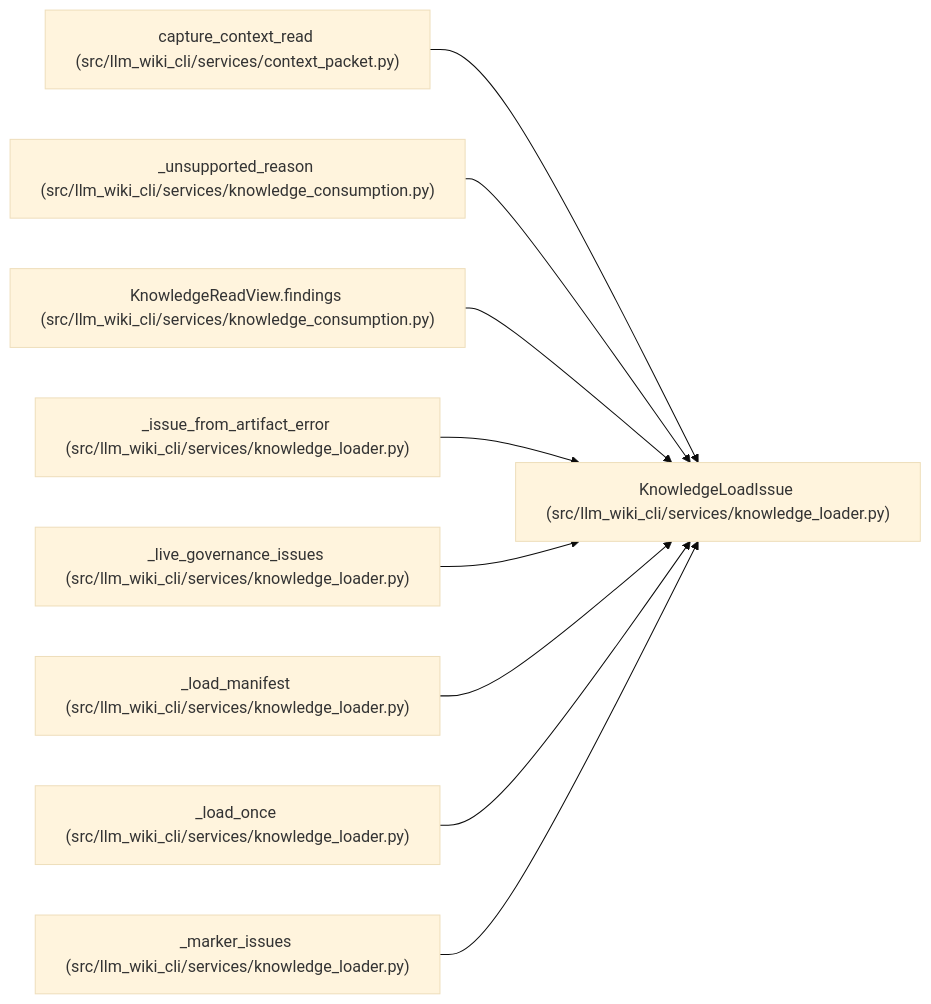
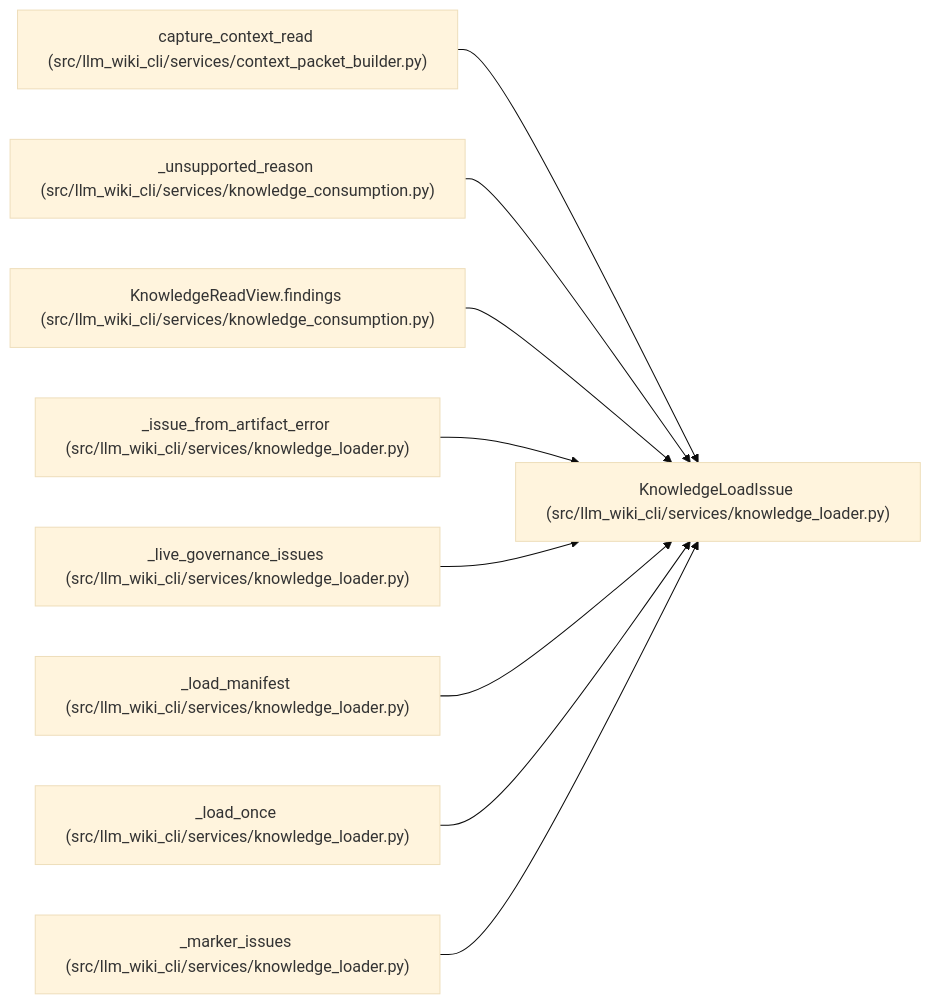
One commit to Denissvgn/python-wiki-llm changed the diagram in docs/llm_wiki/entities/KnowledgeLoadIssue.md. Above: the diagram before and after it, drawn with Mermaid (base theme). The commit also changed other lines of this file and 1555 other files, not shown here.

````diff
--- a/docs/llm_wiki/entities/KnowledgeLoadIssue.md
+++ b/docs/llm_wiki/entities/KnowledgeLoadIssue.md
@@ -30,29 +30,29 @@
 ```mermaid
 flowchart LR
     n0["KnowledgeLoadIssue (src/llm_wiki_cli/services/knowledge_loader.py)"]
-    n1["capture_context_read (src/llm_wiki_cli/services/context_packet.py)"]
+    n1["capture_context_read (src/llm_wiki_cli/services/context_packet_builder.py)"]
     n2["_unsupported_reason (src/llm_wiki_cli/services/knowledge_consumption.py)"]
     n3["KnowledgeReadView.findings (src/llm_wiki_cli/services/knowledge_consumption.py)"]
     n4["_issue_from_artifact_error (src/llm_wiki_cli/services/knowledge_loader.py)"]
     n5["_live_governance_issues (src/llm_wiki_cli/services/knowledge_loader.py)"]
     n6["_load_manifest (src/llm_wiki_cli/services/knowledge_loader.py)"]
     n7["_load_once (src/llm_wiki_cli/services/knowledge_loader.py)"]
     n8["_marker_issues (src/llm_wiki_cli/services/knowledge_loader.py)"]
     n1 --> n0
     n2 --> n0
     n3 --> n0
     n4 --> n0
     n5 --> n0
     n6 --> n0
     n7 --> n0
     n8 --> n0
     click n0 "../modules/knowledge_loader.md"
-    click n1 "../modules/context_packet.md"
+    click n1 "../modules/context_packet_builder.md"
     click n2 "../modules/knowledge_consumption.md"
     click n3 "../modules/knowledge_consumption.md"
     click n4 "../modules/knowledge_loader.md"
     click n5 "../modules/knowledge_loader.md"
     click n6 "../modules/knowledge_loader.md"
     click n7 "../modules/knowledge_loader.md"
     click n8 "../modules/knowledge_loader.md"
 ```
````
